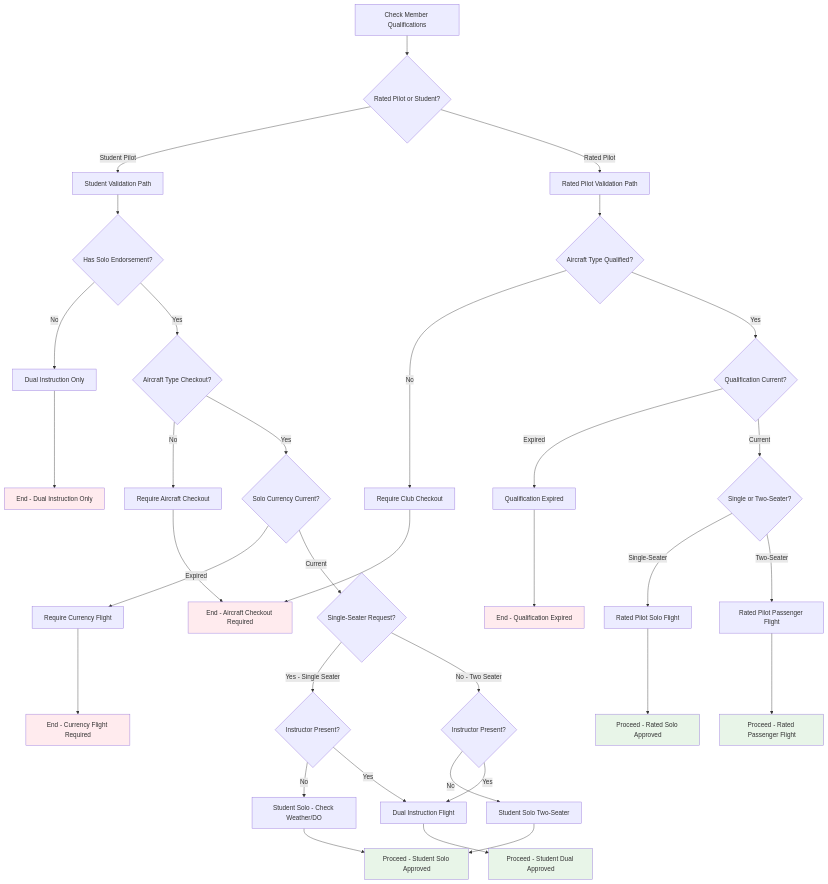
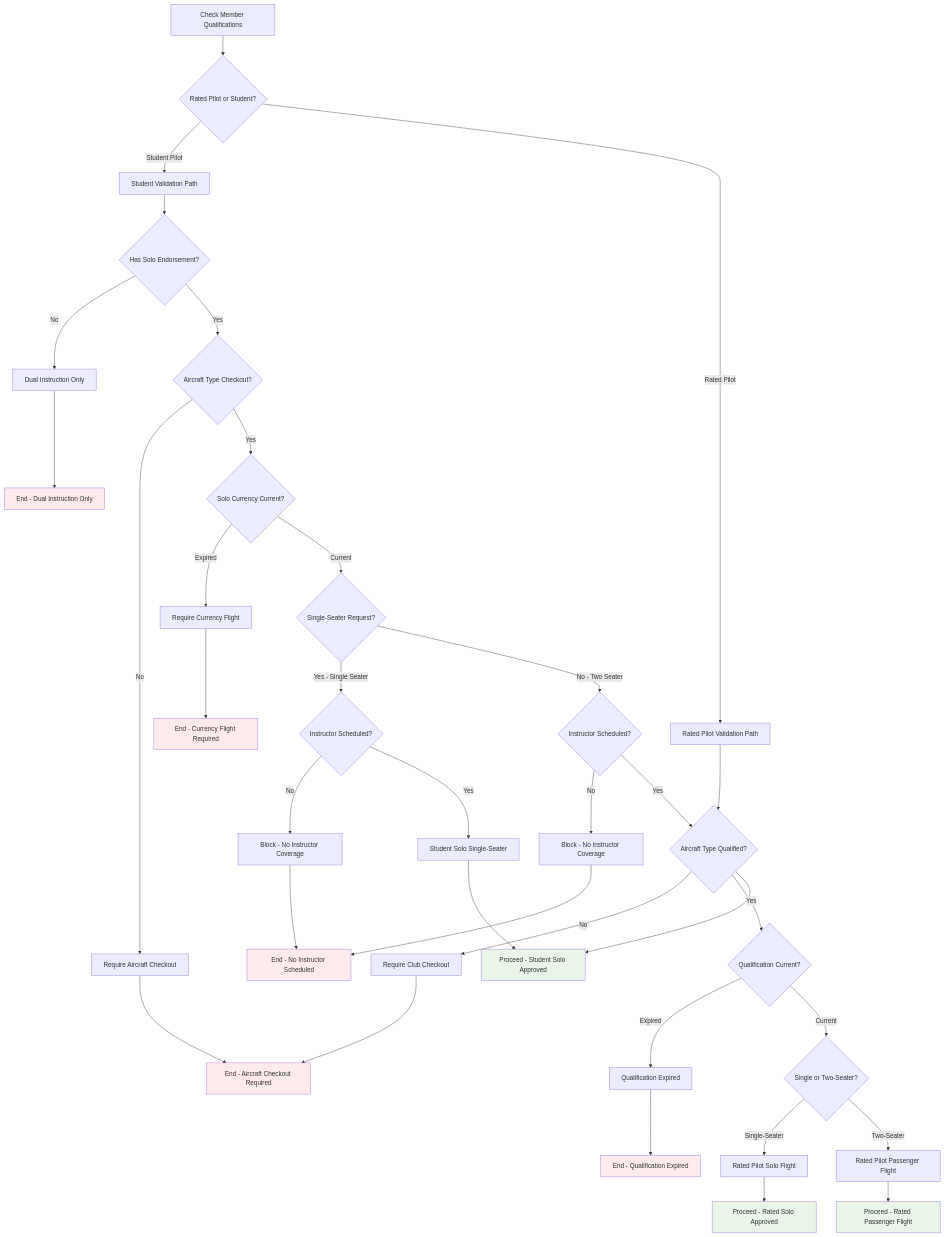
Before and after one commit to pietbarber/Manage2Soar: the second of 6 diagrams in docs/workflows/issue-190-glider-reservation-design.md, drawn with Mermaid. The commit also changed other lines of this file, not shown here.

````diff
--- a/docs/workflows/issue-190-glider-reservation-design.md
+++ b/docs/workflows/issue-190-glider-reservation-design.md
@@ -62,51 +62,52 @@
 ```mermaid
 flowchart TD
     A[Check Member Qualifications] --> B{Rated Pilot or Student?}
     
     B -->|Student Pilot| C[Student Validation Path]
     B -->|Rated Pilot| D[Rated Pilot Validation Path]
     
     C --> E{Has Solo Endorsement?}
     E -->|No| F[Dual Instruction Only]
     E -->|Yes| G{Aircraft Type Checkout?}
     G -->|No| H[Require Aircraft Checkout]
     G -->|Yes| I{Solo Currency Current?}
     I -->|Expired| J[Require Currency Flight]
     I -->|Current| K{Single-Seater Request?}
     
-    K -->|Yes - Single Seater| L{Instructor Present?}
-    L -->|No| M[Student Solo - Check Weather/DO]
-    L -->|Yes| N[Dual Instruction Flight]
-    K -->|No - Two Seater| O{Instructor Present?}
-    O -->|No| P[Student Solo Two-Seater]
-    O -->|Yes| N
+    K -->|Yes - Single Seater| L{Instructor Scheduled?}
+    L -->|No| M[Block - No Instructor Coverage]
+    L -->|Yes| N[Student Solo Single-Seater]
+    K -->|No - Two Seater| O{Instructor Scheduled?}
+    O -->|No| P[Block - No Instructor Coverage]
+    O -->|Yes| Q[Student Solo Two-Seater]
     
     D --> Q{Aircraft Type Qualified?}
     Q -->|No| R[Require Club Checkout]
     Q -->|Yes| S{Qualification Current?}
     S -->|Expired| T[Qualification Expired]
     S -->|Current| U{Single or Two-Seater?}
     
     U -->|Single-Seater| V[Rated Pilot Solo Flight]
     U -->|Two-Seater| W[Rated Pilot Passenger Flight]
     
     F --> BB[End - Dual Instruction Only]
     H --> CC[End - Aircraft Checkout Required]
     J --> DD[End - Currency Flight Required]
-    M --> EE[Proceed - Student Solo Approved]
-    N --> FF[Proceed - Student Dual Approved]
+    M --> EE[End - No Instructor Scheduled]
+    N --> FF[Proceed - Student Solo Approved]
     P --> EE
+    Q --> FF
     R --> CC
     T --> GG[End - Qualification Expired]
     V --> HH[Proceed - Rated Solo Approved]
     W --> II[Proceed - Rated Passenger Flight]
     
-    style EE fill:#e8f5e8
     style FF fill:#e8f5e8
     style HH fill:#e8f5e8
     style II fill:#e8f5e8
     style BB fill:#ffebee
     style CC fill:#ffebee
     style DD fill:#ffebee
+    style EE fill:#ffebee
     style GG fill:#ffebee
 ```
````
